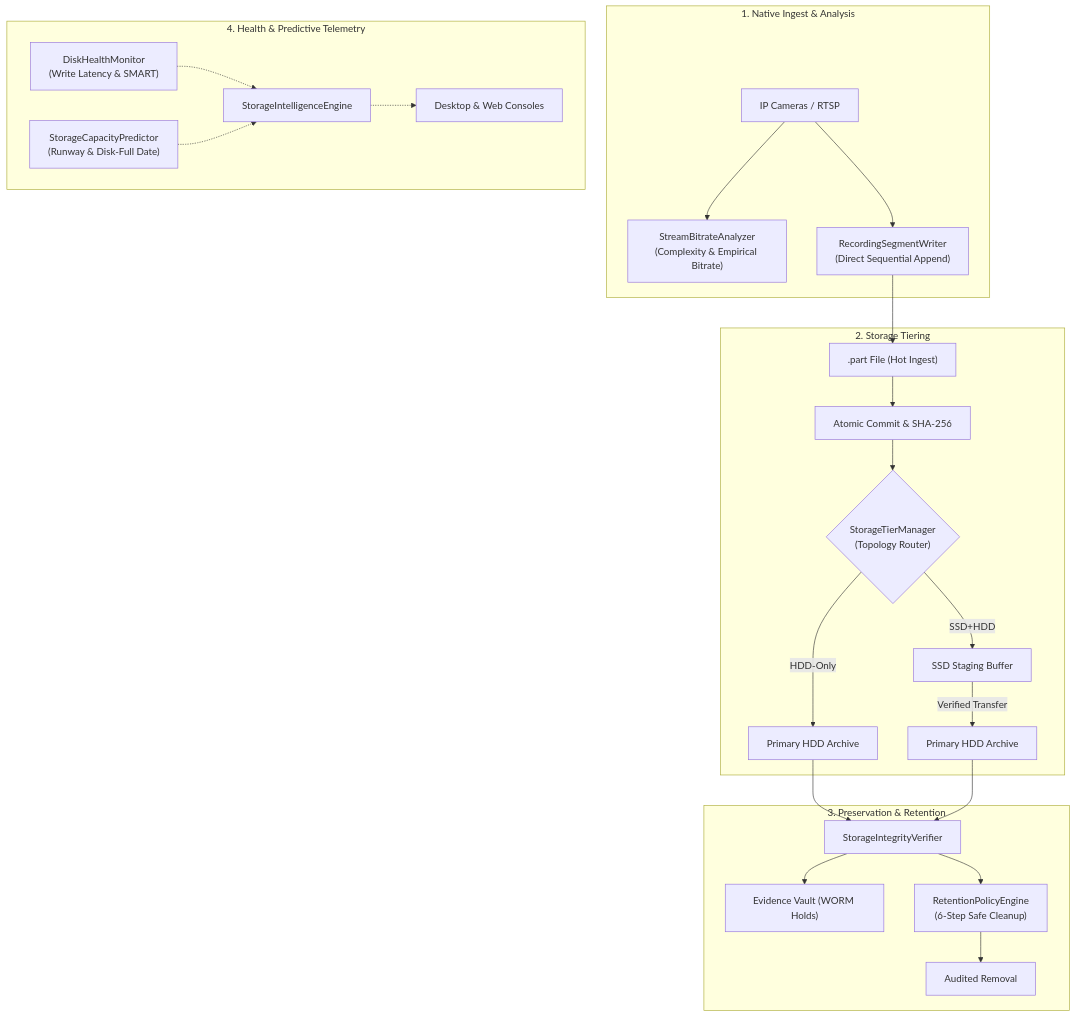
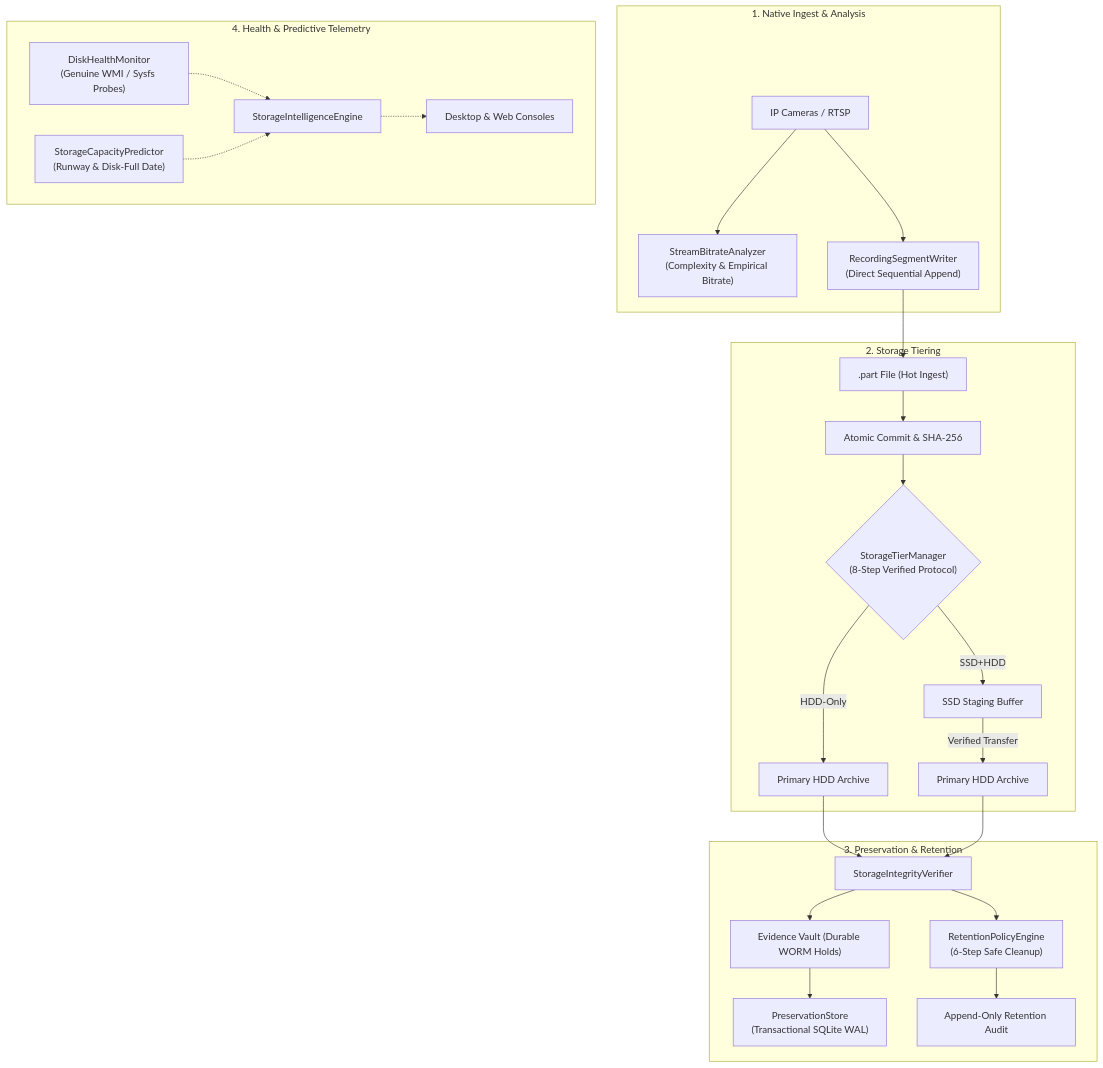
Before and after one commit to aboulouafaeit-sys/CAMserv.IT: the diagram in docs/PHASE-24-ISEP-ARCHITECTURE.md, drawn with Mermaid. The commit also changed other lines of this file and 15 other files, not shown here.

Commit message:
feat: implement ISEP evidence preservation and hardware capability matrix documentation and engine

````diff
--- a/docs/PHASE-24-ISEP-ARCHITECTURE.md
+++ b/docs/PHASE-24-ISEP-ARCHITECTURE.md
@@ -17,30 +17,31 @@
 ```mermaid
 flowchart TD
     subgraph Ingest["1. Native Ingest & Analysis"]
         RTSP["IP Cameras / RTSP"] --> StreamAnalyzer["StreamBitrateAnalyzer\n(Complexity & Empirical Bitrate)"]
         RTSP --> SegWriter["RecordingSegmentWriter\n(Direct Sequential Append)"]
     end
 
     subgraph Staging["2. Storage Tiering"]
         SegWriter --> PartFile[".part File (Hot Ingest)"]
         PartFile --> FinalCommit["Atomic Commit & SHA-256"]
-        FinalCommit --> TierManager{"StorageTierManager\n(Topology Router)"}
+        FinalCommit --> TierManager{"StorageTierManager\n(8-Step Verified Protocol)"}
         TierManager -->|HDD-Only| DirectHDD["Primary HDD Archive"]
         TierManager -->|SSD+HDD| SSDStaging["SSD Staging Buffer"]
         SSDStaging -->|Verified Transfer| BatchHDD["Primary HDD Archive"]
     end
 
     subgraph Preservation["3. Preservation & Retention"]
         DirectHDD --> Integrity["StorageIntegrityVerifier"]
         BatchHDD --> Integrity
-        Integrity --> Vault["Evidence Vault (WORM Holds)"]
+        Integrity --> Vault["Evidence Vault (Durable WORM Holds)"]
+        Vault --> StoreDB["PreservationStore\n(Transactional SQLite WAL)"]
         Integrity --> RetentionEngine["RetentionPolicyEngine\n(6-Step Safe Cleanup)"]
-        RetentionEngine --> ExpiredPurge["Audited Removal"]
+        RetentionEngine --> AuditLog["Append-Only Retention Audit"]
     end
 
     subgraph TelemetrySub["4. Health & Predictive Telemetry"]
-        DiskMonitor["DiskHealthMonitor\n(Write Latency & SMART)"] -.-> StorageEngine["StorageIntelligenceEngine"]
+        DiskMonitor["DiskHealthMonitor\n(Genuine WMI / Sysfs Probes)"] -.-> StorageEngine["StorageIntelligenceEngine"]
         Predictor["StorageCapacityPredictor\n(Runway & Disk-Full Date)"] -.-> StorageEngine
         StorageEngine -.-> ConsoleUI["Desktop & Web Consoles"]
     end
 ```
````
